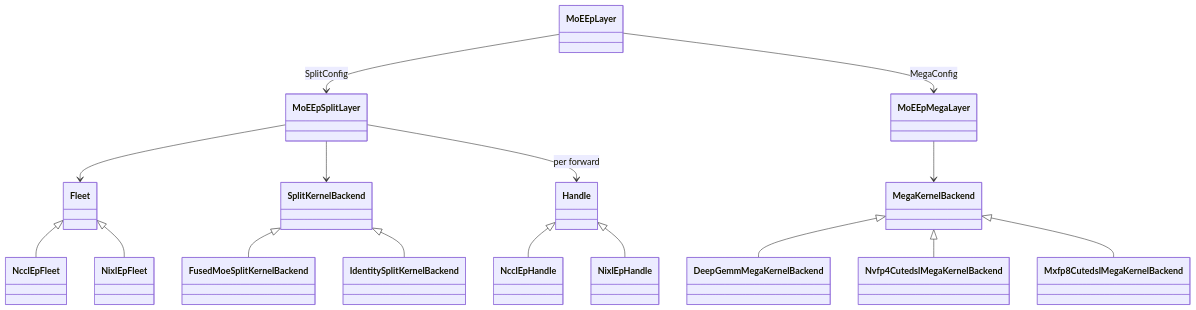
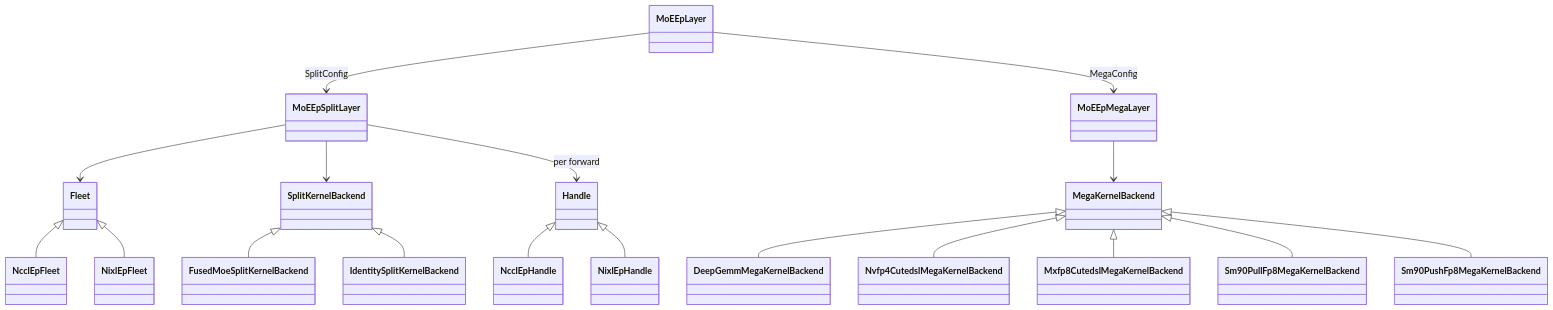
Before and after one commit to flashinfer-ai/flashinfer: the first of 3 diagrams in docs/design_docs/moe_ep_architecture.md, drawn with Mermaid. The commit also changed other lines of this file and 47 other files, not shown here.

Commit message:
feat(moe_ep): add SM90 push FP8 mega-MoE backend for Hopper

````diff
--- a/docs/design_docs/moe_ep_architecture.md
+++ b/docs/design_docs/moe_ep_architecture.md
@@ -67,24 +70,26 @@
 ```mermaid
 classDiagram
     direction TB
 
     MoEEpLayer --> MoEEpSplitLayer : SplitConfig
     MoEEpLayer --> MoEEpMegaLayer : MegaConfig
 
     MoEEpSplitLayer --> Fleet
     MoEEpSplitLayer --> SplitKernelBackend
     MoEEpSplitLayer --> Handle : per forward
 
     MoEEpMegaLayer --> MegaKernelBackend
 
     Fleet <|-- NcclEpFleet
     Fleet <|-- NixlEpFleet
     Handle <|-- NcclEpHandle
     Handle <|-- NixlEpHandle
 
     SplitKernelBackend <|-- FusedMoeSplitKernelBackend
     SplitKernelBackend <|-- IdentitySplitKernelBackend
     MegaKernelBackend <|-- DeepGemmMegaKernelBackend
     MegaKernelBackend <|-- Nvfp4CutedslMegaKernelBackend
     MegaKernelBackend <|-- Mxfp8CutedslMegaKernelBackend
+    MegaKernelBackend <|-- Sm90PullFp8MegaKernelBackend
+    MegaKernelBackend <|-- Sm90PushFp8MegaKernelBackend
 ```
````
